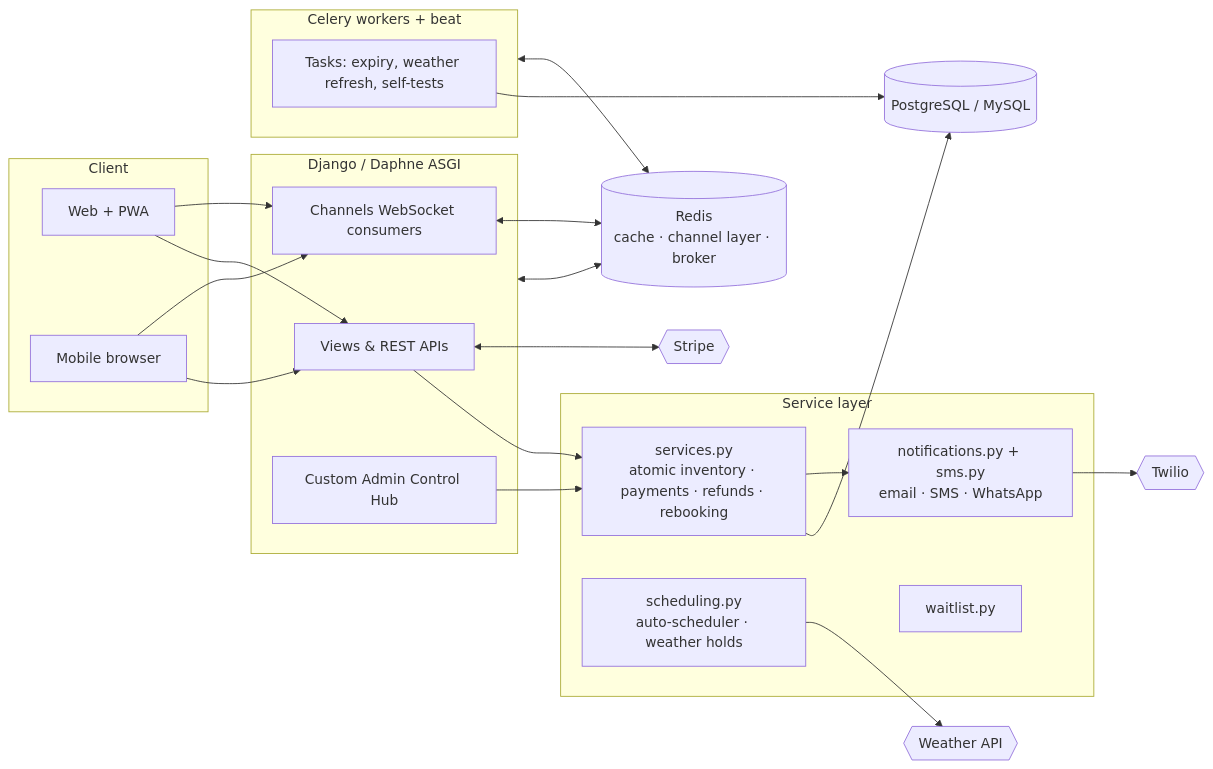
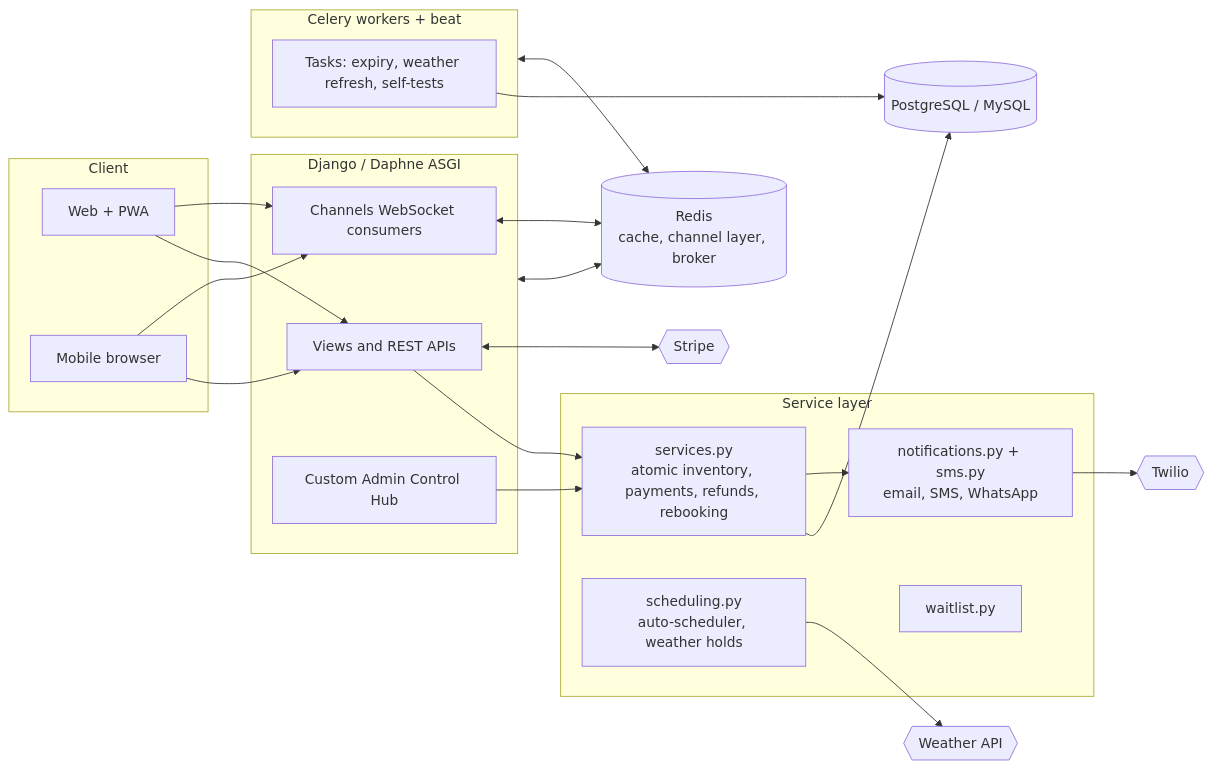
Before and after one commit to Lagilava/fiji_ferry_booking-IS314-2025-: the diagram in README.md, drawn with Mermaid. The commit also changed other lines of this file, not shown here.

First line of the commit message:
Docs: remove emojis from README, add full customer-flow walkthrough

````diff
--- a/README.md
+++ b/README.md
@@ -54,37 +112,37 @@
 ```mermaid
 flowchart LR
     subgraph Client
-      W[Web + PWA] 
+      W[Web + PWA]
       M[Mobile browser]
     end
     subgraph Edge[Django / Daphne ASGI]
-      V[Views &amp; REST APIs]
+      V[Views and REST APIs]
       WS[Channels WebSocket consumers]
       A[Custom Admin Control Hub]
     end
     subgraph Core[Service layer]
-      SVC[services.py<br/>atomic inventory · payments · refunds · rebooking]
-      NOTIF[notifications.py + sms.py<br/>email · SMS · WhatsApp]
-      SCHED[scheduling.py<br/>auto-scheduler · weather holds]
+      SVC[services.py<br/>atomic inventory, payments, refunds, rebooking]
+      NOTIF[notifications.py + sms.py<br/>email, SMS, WhatsApp]
+      SCHED[scheduling.py<br/>auto-scheduler, weather holds]
       WAIT[waitlist.py]
     end
     subgraph Async[Celery workers + beat]
       T[Tasks: expiry, weather refresh, self-tests]
     end
     DB[(PostgreSQL / MySQL)]
-    R[(Redis<br/>cache · channel layer · broker)]
+    R[(Redis<br/>cache, channel layer, broker)]
     STRIPE{{Stripe}}
     TWILIO{{Twilio}}
     WX{{Weather API}}
 
     W & M --> V & WS
     V --> SVC --> DB
     A --> SVC
     WS <--> R
     V <--> STRIPE
     SVC --> NOTIF --> TWILIO
     SCHED --> WX
     T --> DB
     Edge <--> R
     Async <--> R
 ```
````
